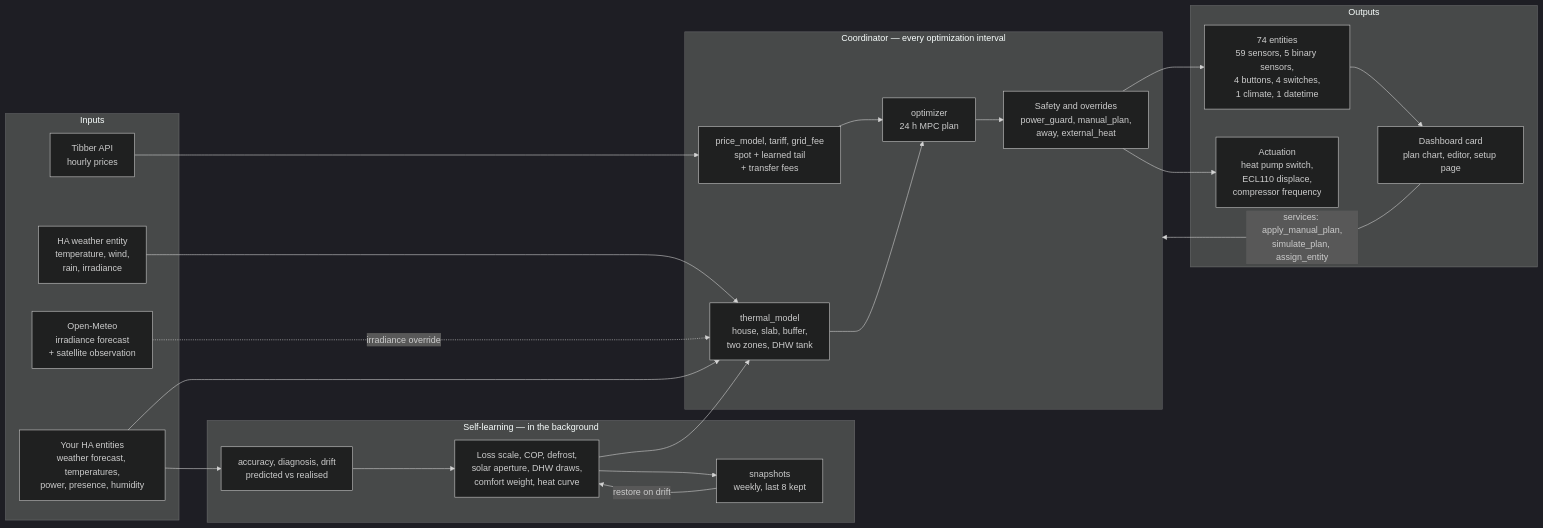
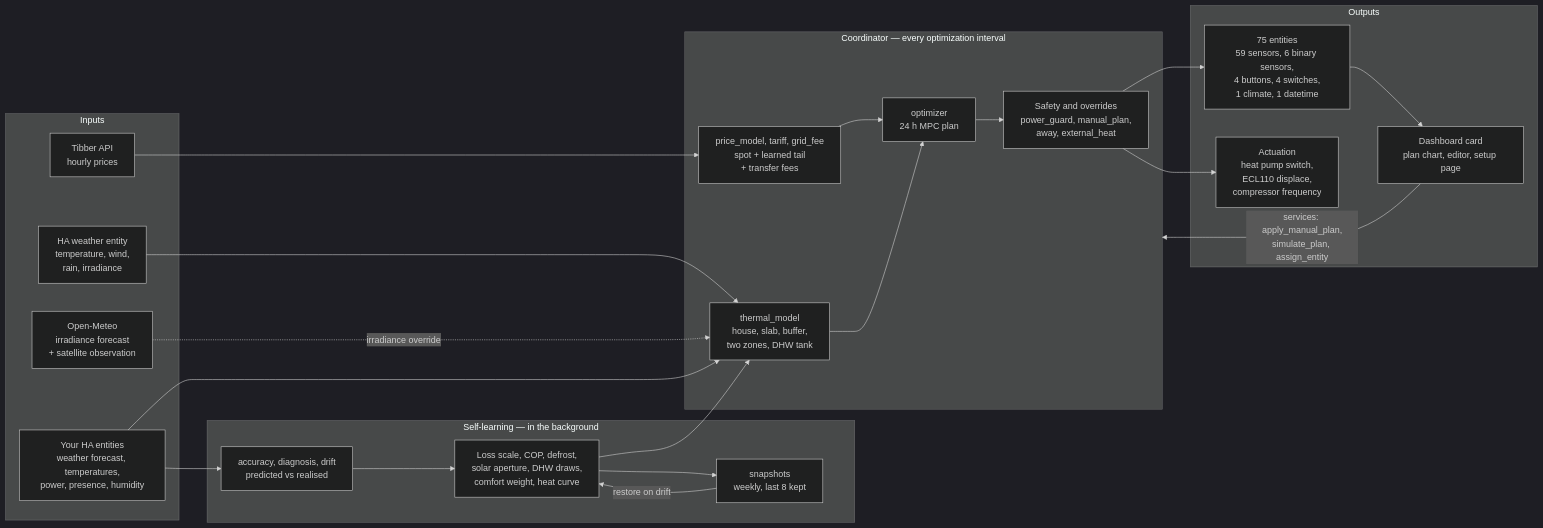
The diagram in docs/architecture.md (tvofi/heatpump_optimizer), drawn with Mermaid (dark theme) before and after one commit. The commit also changed other lines of this file and 13 other files, not shown here.

````diff
--- a/docs/architecture.md
+++ b/docs/architecture.md
@@ -14,45 +14,45 @@
 ```mermaid
 flowchart LR
     subgraph inputs["Inputs"]
         tibber["Tibber API<br/>hourly prices"]
         weather["HA weather entity<br/>temperature, wind,<br/>rain, irradiance"]
         meteo["Open-Meteo<br/>irradiance forecast<br/>+ satellite observation"]
         ha["Your HA entities<br/>weather forecast, temperatures,<br/>power, presence, humidity"]
     end
 
     subgraph brain["Coordinator — every optimization interval"]
         pm["price_model, tariff, grid_fee<br/>spot + learned tail<br/>+ transfer fees"]
         tm["thermal_model<br/>house, slab, buffer,<br/>two zones, DHW tank"]
         opt["optimizer<br/>24 h MPC plan"]
         guard["Safety and overrides<br/>power_guard, manual_plan,<br/>away, external_heat"]
     end
 
     subgraph learn["Self-learning — in the background"]
         acc["accuracy, diagnosis, drift<br/>predicted vs realised"]
         learners["Loss scale, COP, defrost,<br/>solar aperture, DHW draws,<br/>comfort weight, heat curve"]
         snap["snapshots<br/>weekly, last 8 kept"]
     end
 
     subgraph out["Outputs"]
-        ent["74 entities<br/>59 sensors, 5 binary sensors,<br/>4 buttons, 4 switches,<br/>1 climate, 1 datetime"]
+        ent["75 entities<br/>59 sensors, 6 binary sensors,<br/>4 buttons, 4 switches,<br/>1 climate, 1 datetime"]
         card["Dashboard card<br/>plan chart, editor, setup page"]
         ctl["Actuation<br/>heat pump switch,<br/>ECL110 displace,<br/>compressor frequency"]
     end
 
     tibber --> pm
     weather --> tm
     meteo -. "irradiance override" .-> tm
     ha --> tm
     ha --> acc
     pm --> opt
     tm --> opt
     opt --> guard
     guard --> ent
     guard --> ctl
     ent --> card
     card -- "services: apply_manual_plan,<br/>simulate_plan, assign_entity" --> brain
     acc --> learners
     learners --> tm
     learners --> snap
     snap -- "restore on drift" --> learners
 ```
````
